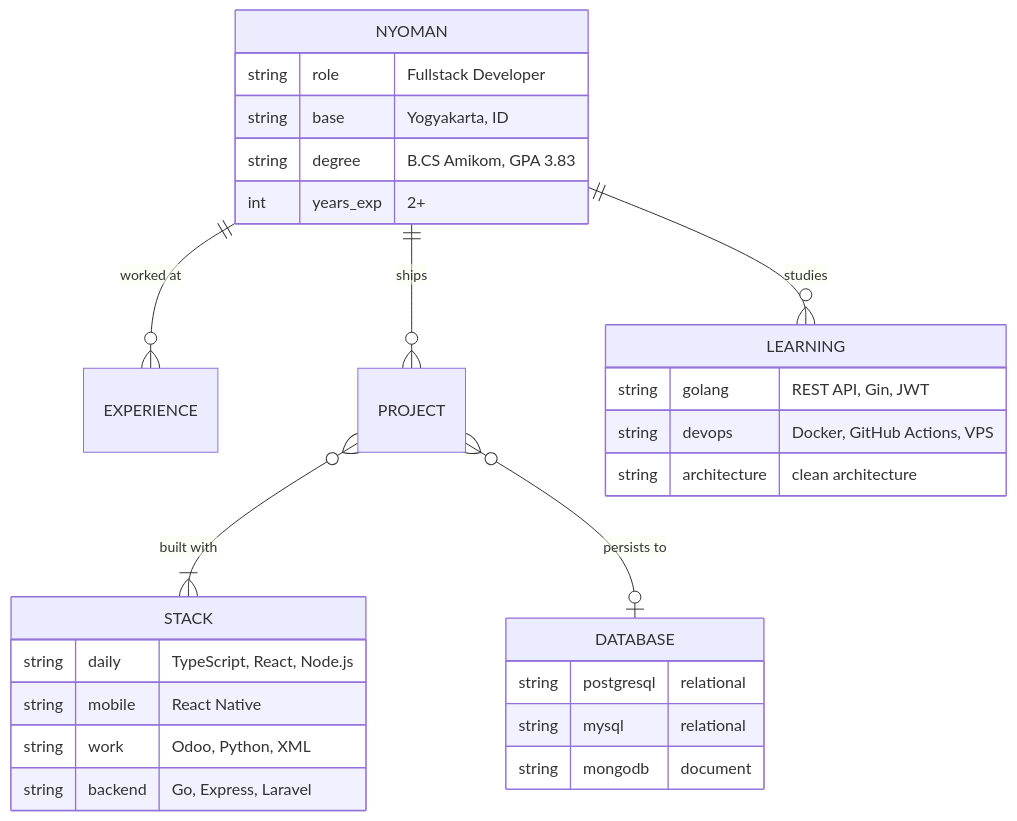
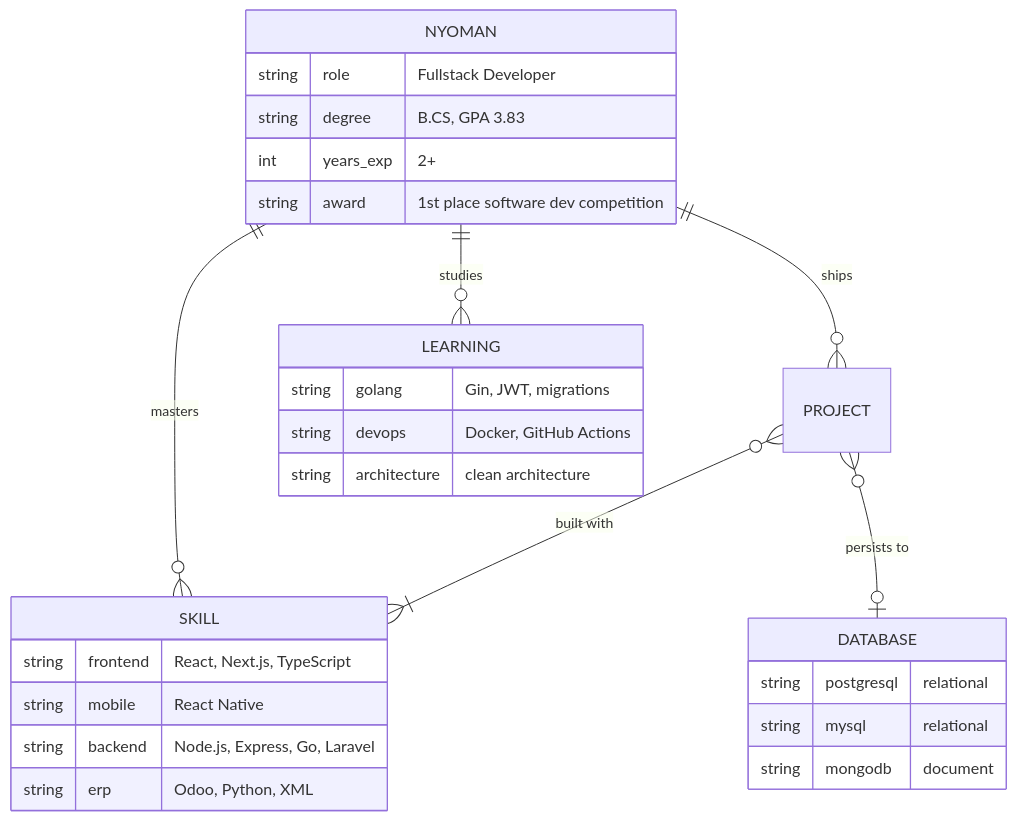
Before and after one commit to Marst313/Marst313: the first of 2 diagrams in README.md, drawn with Mermaid. The commit also changed other lines of this file, not shown here.

````diff
--- a/README.md
+++ b/README.md
@@ -30,31 +30,31 @@
 ```mermaid
 erDiagram
-    NYOMAN ||--o{ EXPERIENCE : "worked at"
+    NYOMAN ||--o{ SKILL : masters
     NYOMAN ||--o{ PROJECT : ships
     NYOMAN ||--o{ LEARNING : studies
-    PROJECT }o--|{ STACK : "built with"
+    PROJECT }o--|{ SKILL : "built with"
     PROJECT }o--o| DATABASE : "persists to"
 
     NYOMAN {
         string role "Fullstack Developer"
-        string base "Yogyakarta, ID"
-        string degree "B.CS Amikom, GPA 3.83"
+        string degree "B.CS, GPA 3.83"
         int years_exp "2+"
+        string award "1st place software dev competition"
     }
-    STACK {
-        string daily "TypeScript, React, Node.js"
+    SKILL {
+        string frontend "React, Next.js, TypeScript"
         string mobile "React Native"
-        string work "Odoo, Python, XML"
-        string backend "Go, Express, Laravel"
+        string backend "Node.js, Express, Go, Laravel"
+        string erp "Odoo, Python, XML"
     }
     DATABASE {
         string postgresql "relational"
         string mysql "relational"
         string mongodb "document"
     }
     LEARNING {
-        string golang "REST API, Gin, JWT"
-        string devops "Docker, GitHub Actions, VPS"
+        string golang "Gin, JWT, migrations"
+        string devops "Docker, GitHub Actions"
         string architecture "clean architecture"
     }
 ```
````
